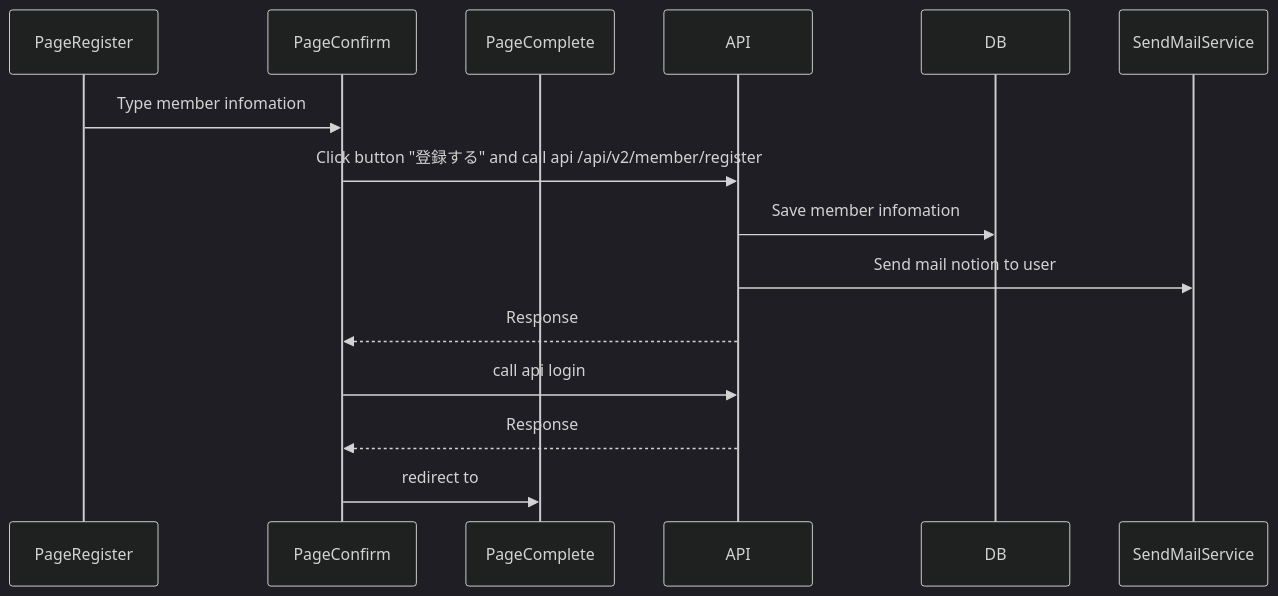
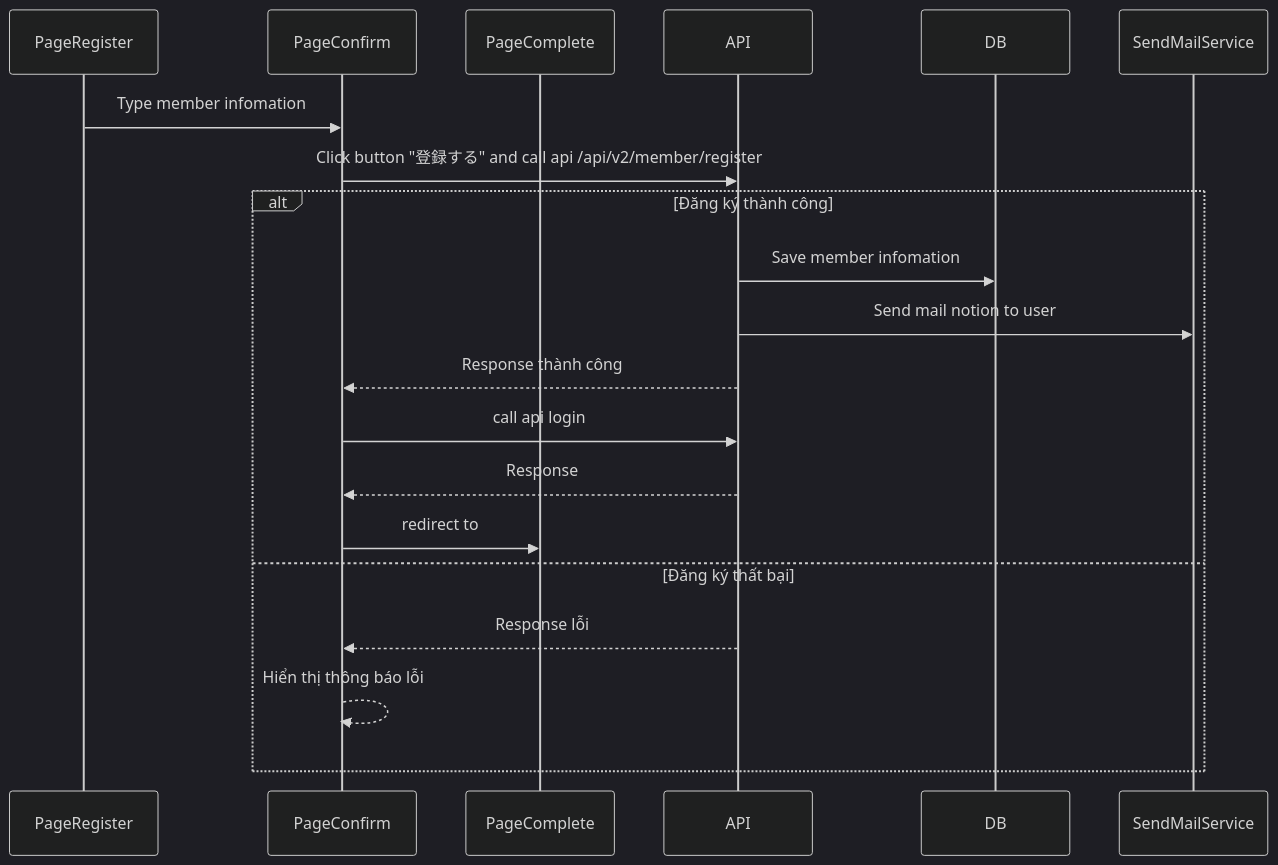
One commit to tuanvh262-zigexn/apw_documents changed the second of 2 diagrams in docs/architecture/features/authen/register.md. Above: the diagram before and after it, drawn with Mermaid (dark theme). The commit also changed 1 other file, not shown here.

Commit message:
update flow error

````diff
--- a/docs/architecture/features/authen/register.md
+++ b/docs/architecture/features/authen/register.md
@@ -38,17 +38,22 @@
 ```mermaid
 sequenceDiagram
     participant PageRegister
     participant PageConfirm
     participant PageComplete
     participant API
     participant DB
     participant SendMailService
     PageRegister->>PageConfirm: Type member infomation
     PageConfirm->>API: Click button "登録する" and call api /api/v2/member/register
-    API->>DB: Save member infomation
-    API->>SendMailService: Send mail notion to user
-    API-->>PageConfirm: Response
-    PageConfirm->>API: call api login
-    API-->>PageConfirm: Response
-    PageConfirm->>PageComplete: redirect to
+    alt Đăng ký thành công
+        API->>DB: Save member infomation
+        API->>SendMailService: Send mail notion to user
+        API-->>PageConfirm: Response thành công
+        PageConfirm->>API: call api login
+        API-->>PageConfirm: Response
+        PageConfirm->>PageComplete: redirect to
+    else Đăng ký thất bại
+        API-->>PageConfirm: Response lỗi
+        PageConfirm-->>PageConfirm: Hiển thị thông báo lỗi
+    end
 ```
````
